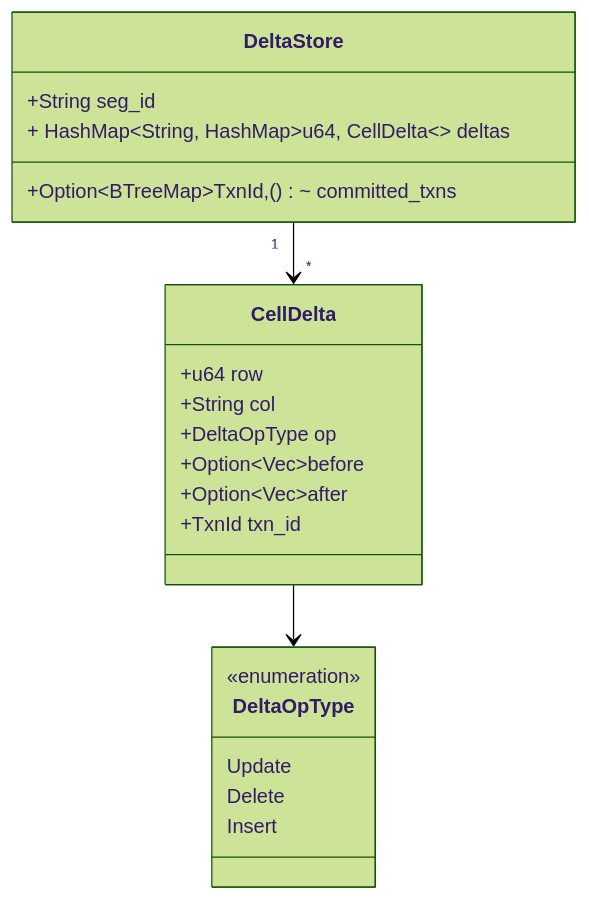
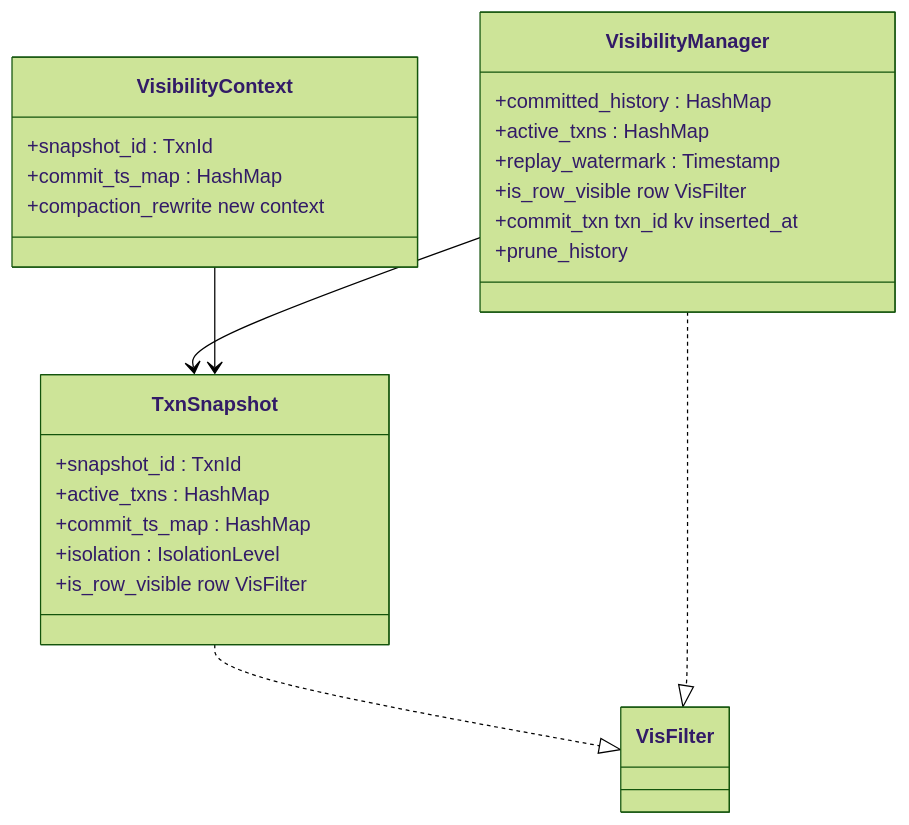
One commit to qianzii2/rockduck changed diagram 13 of 39 in README.md. Above: the diagram before and after it, drawn with Mermaid (forest theme). The commit also changed other lines of this file and 8 other files, not shown here.

````diff
--- a/README.md
+++ b/README.md
@@ -573,27 +348,30 @@
 ```mermaid
 classDiagram
-    class DeltaStore {
-        +String seg_id
-        +BTreeMap~TxnId, HashMap~String, HashMap~u64, CellDelta~~ deltas
-        +Option~BTreeMap~TxnId, ()~ committed_txns
+    class TxnSnapshot {
+        +snapshot_id : TxnId
+        +active_txns : HashMap
+        +commit_ts_map : HashMap
+        +isolation : IsolationLevel
+        +is_row_visible row VisFilter
     }
 
-    class CellDelta {
-        +u64 row
-        +String col
-        +DeltaOpType op
-        +Option~Vec~before
-        +Option~Vec~after
-        +TxnId txn_id
+    class VisibilityContext {
+        +snapshot_id : TxnId
+        +commit_ts_map : HashMap
+        +compaction_rewrite new context
     }
 
-    class DeltaOpType {
-        <<enumeration>>
-        Update
-        Delete
-        Insert
+    class VisibilityManager {
+        +committed_history : HashMap
+        +active_txns : HashMap
+        +replay_watermark : Timestamp
+        +is_row_visible row VisFilter
+        +commit_txn txn_id kv inserted_at
+        +prune_history
     }
 
-    DeltaStore "1" --> "*" CellDelta
-    CellDelta --> DeltaOpType
+    TxnSnapshot ..|> VisFilter
+    VisibilityManager ..|> VisFilter
+    VisibilityManager --> TxnSnapshot
+    VisibilityContext --> TxnSnapshot
 ```
````
